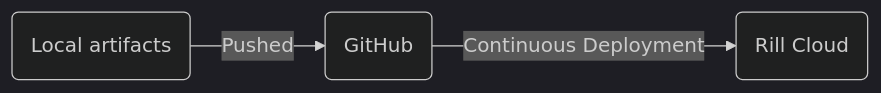
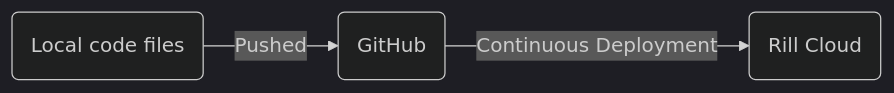
One commit to rilldata/rill changed the diagram in docs/docs/deploy/existing-project.md. Above: the diagram before and after it, drawn with Mermaid (dark theme). The commit also changed 4 other files, not shown here.

````diff
--- a/docs/docs/deploy/existing-project.md
+++ b/docs/docs/deploy/existing-project.md
@@ -9,8 +9,8 @@
 ```mermaid
 graph LR;
-    A(Local artifacts);
+    A(Local code files);
     B(GitHub);
     C(Rill Cloud);
     A--Pushed -->B;
     B--Continuous Deployment-->C;
 ```
````
